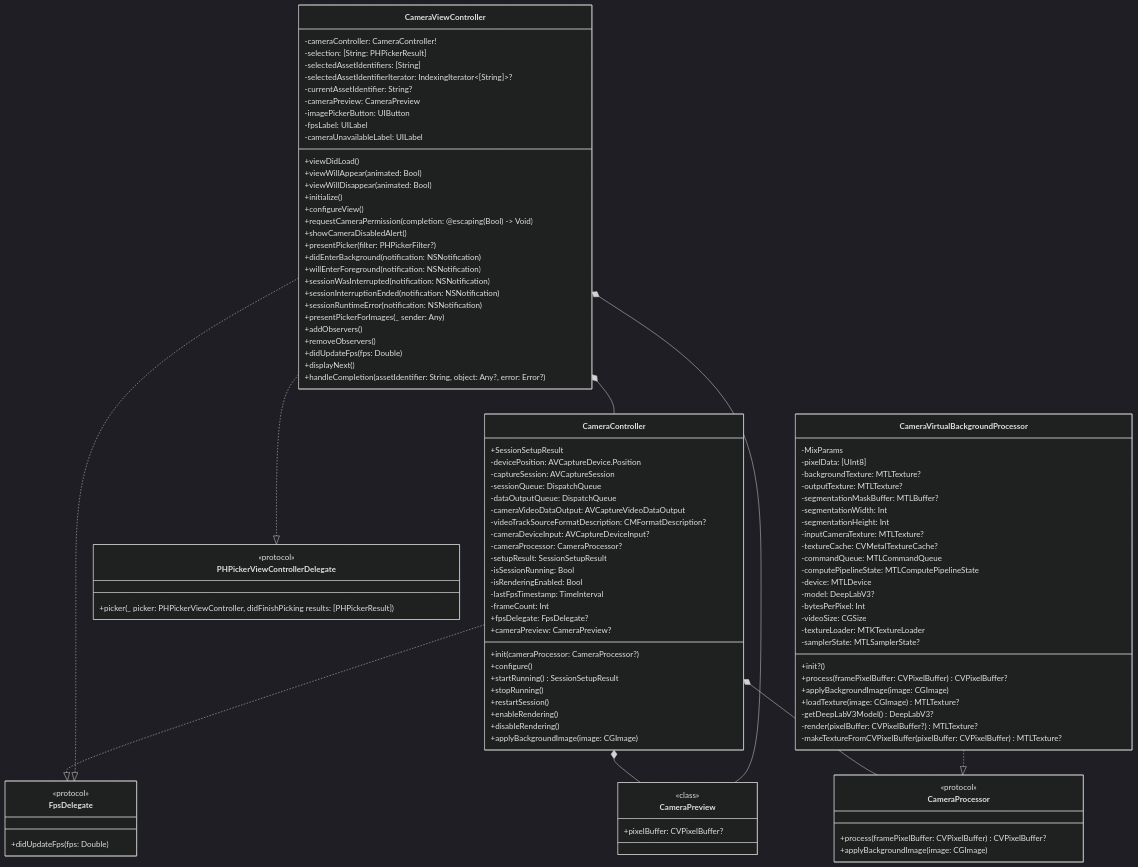
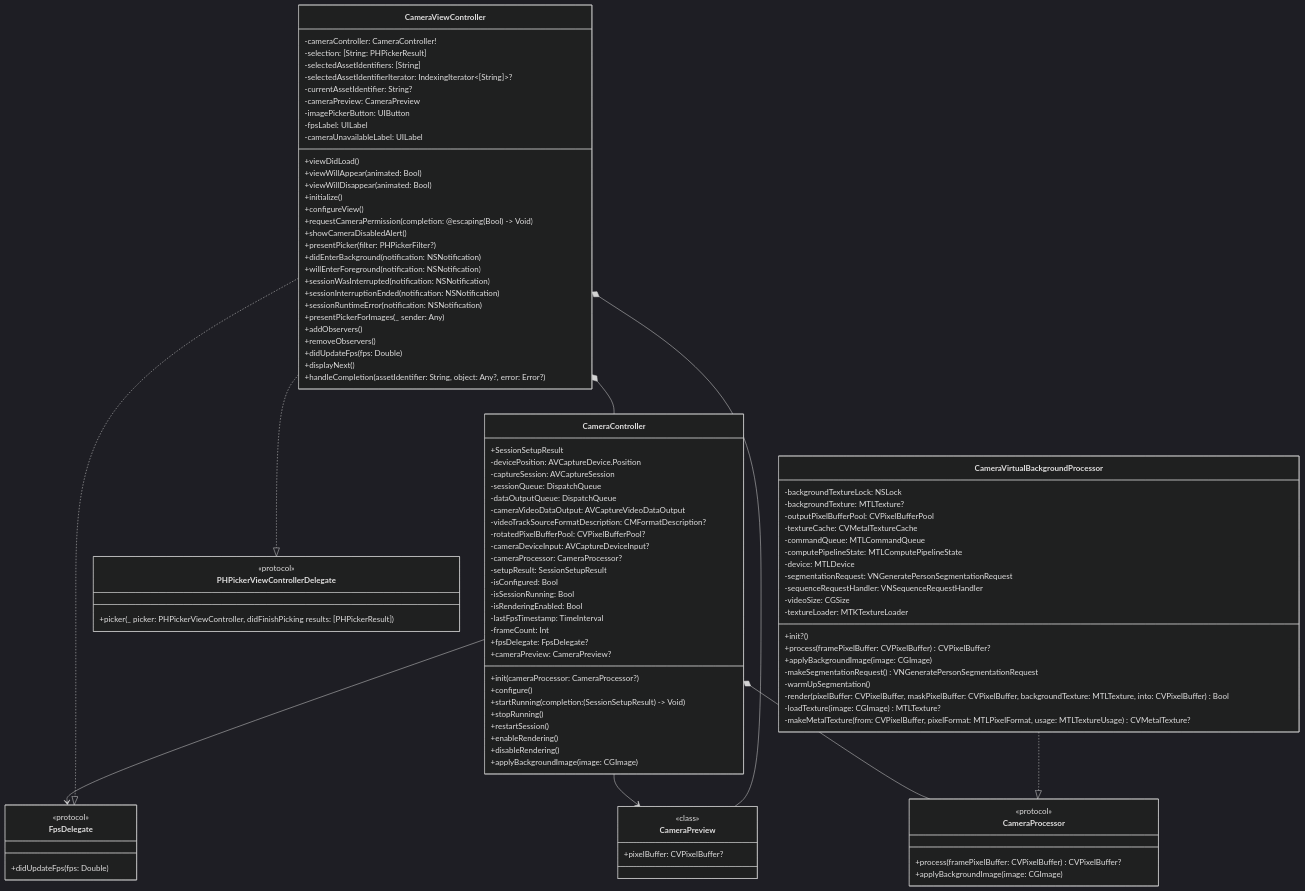
Before and after one commit to ochornenko/virtual-background-ios: the diagram in README.md, drawn with Mermaid (dark theme). The commit also changed other lines of this file, not shown here.

Commit message:
Update README for Vision person segmentation and edge refinement

```diff
--- a/README.md
+++ b/README.md
@@ -25,9 +25,11 @@
         -dataOutputQueue: DispatchQueue
         -cameraVideoDataOutput: AVCaptureVideoDataOutput
         -videoTrackSourceFormatDescription: CMFormatDescription?
+        -rotatedPixelBufferPool: CVPixelBufferPool?
         -cameraDeviceInput: AVCaptureDeviceInput?
         -cameraProcessor: CameraProcessor?
         -setupResult: SessionSetupResult
+        -isConfigured: Bool
         -isSessionRunning: Bool
         -isRenderingEnabled: Bool
         -lastFpsTimestamp: TimeInterval
@@ -36,7 +38,7 @@
         +cameraPreview: CameraPreview?
         +init(cameraProcessor: CameraProcessor?)
         +configure()
-        +startRunning() SessionSetupResult
+        +startRunning(completion: (SessionSetupResult) -> Void)
         +stopRunning()
         +restartSession()
         +enableRendering()
@@ -66,30 +68,25 @@
     }
 
     class CameraVirtualBackgroundProcessor {
-        -MixParams
-        -pixelData: [UInt8]
+        -backgroundTextureLock: NSLock
         -backgroundTexture: MTLTexture?
-        -outputTexture: MTLTexture?
-        -segmentationMaskBuffer: MTLBuffer?
-        -segmentationWidth: Int
-        -segmentationHeight: Int
-        -inputCameraTexture: MTLTexture?
-        -textureCache: CVMetalTextureCache?
+        -outputPixelBufferPool: CVPixelBufferPool
+        -textureCache: CVMetalTextureCache
         -commandQueue: MTLCommandQueue
         -computePipelineState: MTLComputePipelineState
         -device: MTLDevice
-        -model: DeepLabV3?
-        -bytesPerPixel: Int
+        -segmentationRequest: VNGeneratePersonSegmentationRequest
+        -sequenceRequestHandler: VNSequenceRequestHandler
         -videoSize: CGSize
         -textureLoader: MTKTextureLoader
-        -samplerState: MTLSamplerState?
         +init?()
         +process(framePixelBuffer: CVPixelBuffer) CVPixelBuffer?
         +applyBackgroundImage(image: CGImage)
-        +loadTexture(image: CGImage) MTLTexture?
-        -getDeepLabV3Model() DeepLabV3?
-        -render(pixelBuffer: CVPixelBuffer?) MTLTexture?
-        -makeTextureFromCVPixelBuffer(pixelBuffer: CVPixelBuffer) MTLTexture?
+        -makeSegmentationRequest() VNGeneratePersonSegmentationRequest
+        -warmUpSegmentation()
+        -render(pixelBuffer: CVPixelBuffer, maskPixelBuffer: CVPixelBuffer, backgroundTexture: MTLTexture, into: CVPixelBuffer) Bool
+        -loadTexture(image: CGImage) MTLTexture?
+        -makeMetalTexture(from: CVPixelBuffer, pixelFormat: MTLPixelFormat, usage: MTLTextureUsage) CVMetalTexture?
     }
 
     class CameraViewController {
@@ -123,8 +120,8 @@
         +handleCompletion(assetIdentifier: String, object: Any?, error: Error?)
     }
 
-    CameraController ..|> FpsDelegate
-    CameraController *-- CameraPreview
+    CameraController --> FpsDelegate
+    CameraController --> CameraPreview
     CameraController *-- CameraProcessor
 
     CameraVirtualBackgroundProcessor ..|> CameraProcessor
```
